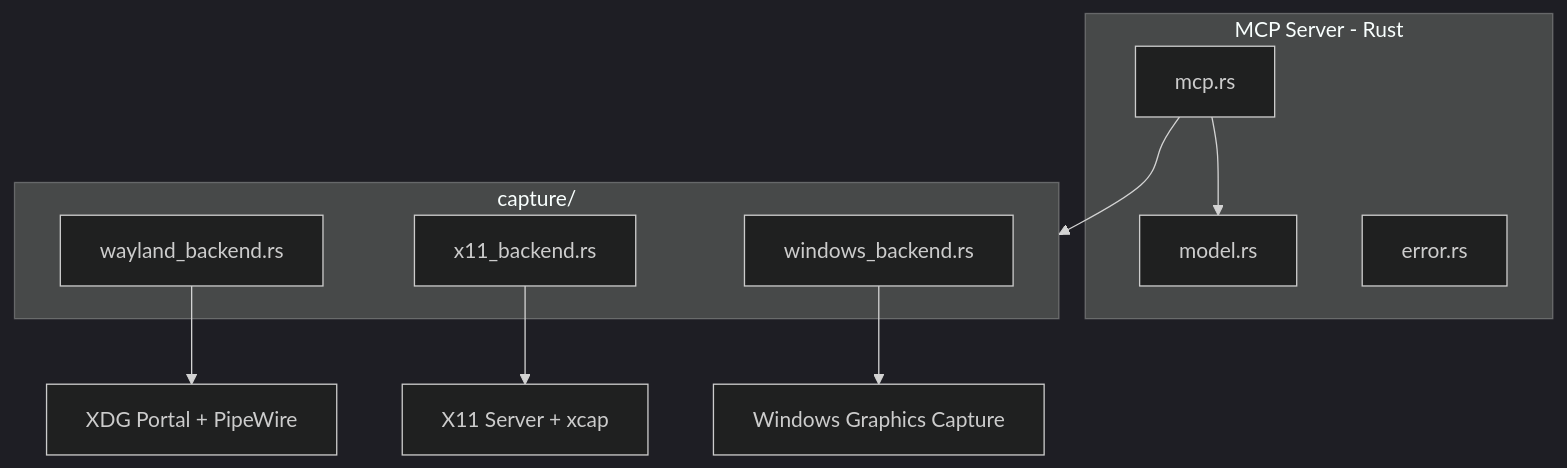
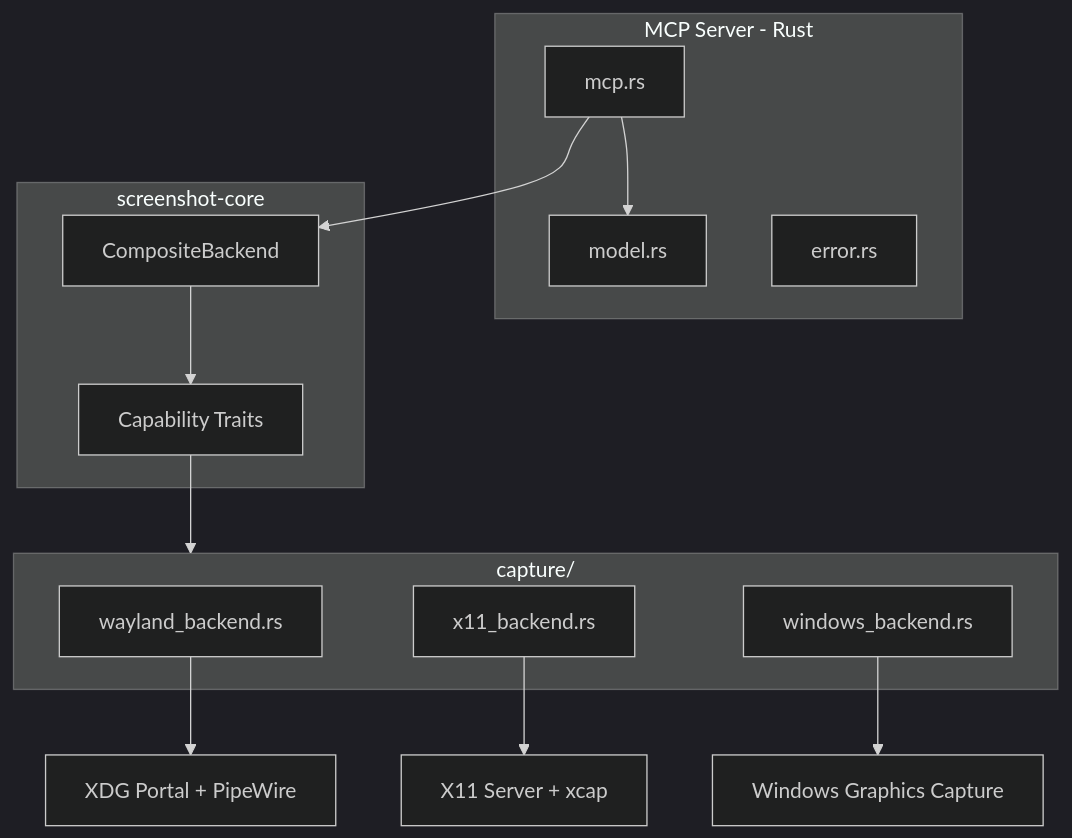
The first of 7 diagrams in docs/architecture.md (becksclair/rescreenshot-mcp), drawn with Mermaid (dark theme) before and after one commit. The commit also changed other lines of this file and 23 other files, not shown here.

````diff
--- a/docs/architecture.md
+++ b/docs/architecture.md
@@ -7,21 +7,28 @@
 ```mermaid
 flowchart TB
     subgraph MCP["MCP Server - Rust"]
         Handler[mcp.rs]
         Model[model.rs]
         Error[error.rs]
+    end
+
+    subgraph Core["screenshot-core"]
+        Traits[Capability Traits]
+        Composite[CompositeBackend]
     end
 
     subgraph Backends["capture/"]
         Wayland[wayland_backend.rs]
         X11[x11_backend.rs]
         Windows[windows_backend.rs]
     end
 
     Handler --> Model
-    Handler --> Backends
+    Handler --> Composite
+    Composite --> Traits
+    Traits --> Backends
 
     Wayland --> Portal[XDG Portal + PipeWire]
     X11 --> XServer[X11 Server + xcap]
     Windows --> WGC[Windows Graphics Capture]
 ```
````
